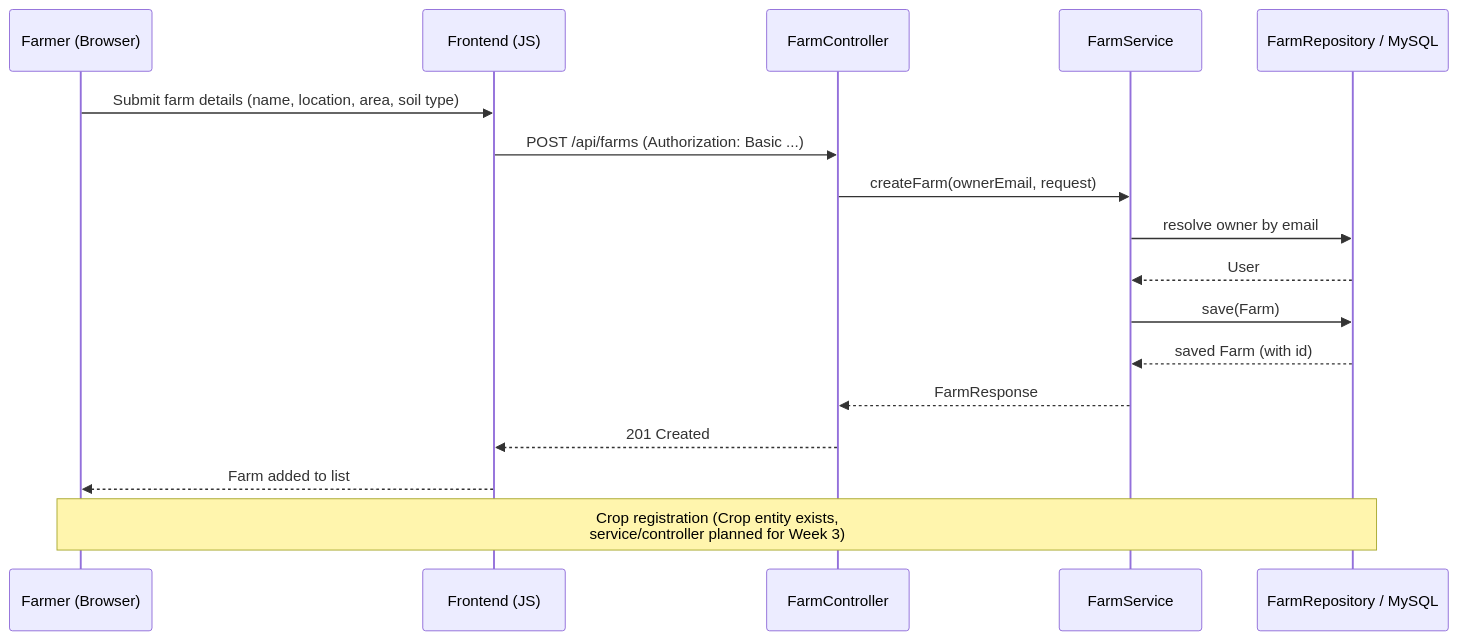
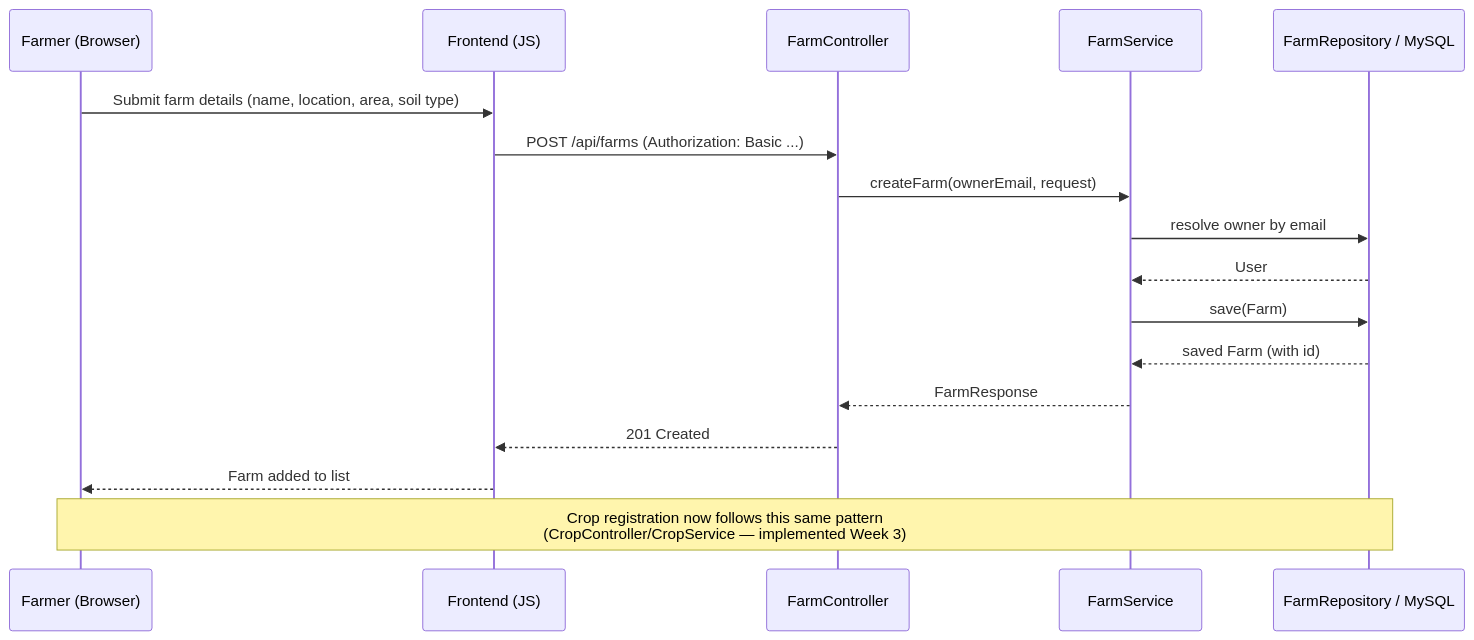
One commit to karmankaurnayyar/AgriBridge changed the diagram in docs/diagrams/farm-crop-flow.md. Above: the diagram before and after it, drawn with Mermaid. The commit also changed other lines of this file and 21 other files, not shown here.

````diff
--- a/docs/diagrams/farm-crop-flow.md
+++ b/docs/diagrams/farm-crop-flow.md
@@ -3,21 +3,21 @@
 ```mermaid
 sequenceDiagram
     participant U as Farmer (Browser)
     participant F as Frontend (JS)
     participant C as FarmController
     participant S as FarmService
     participant D as FarmRepository / MySQL
 
     U->>F: Submit farm details (name, location, area, soil type)
     F->>C: POST /api/farms (Authorization: Basic ...)
     C->>S: createFarm(ownerEmail, request)
     S->>D: resolve owner by email
     D-->>S: User
     S->>D: save(Farm)
     D-->>S: saved Farm (with id)
     S-->>C: FarmResponse
     C-->>F: 201 Created
     F-->>U: Farm added to list
 
-    Note over U,D: Crop registration (Crop entity exists,<br/>service/controller planned for Week 3)
+    Note over U,D: Crop registration now follows this same pattern<br/>(CropController/CropService — implemented Week 3)
 ```
````
